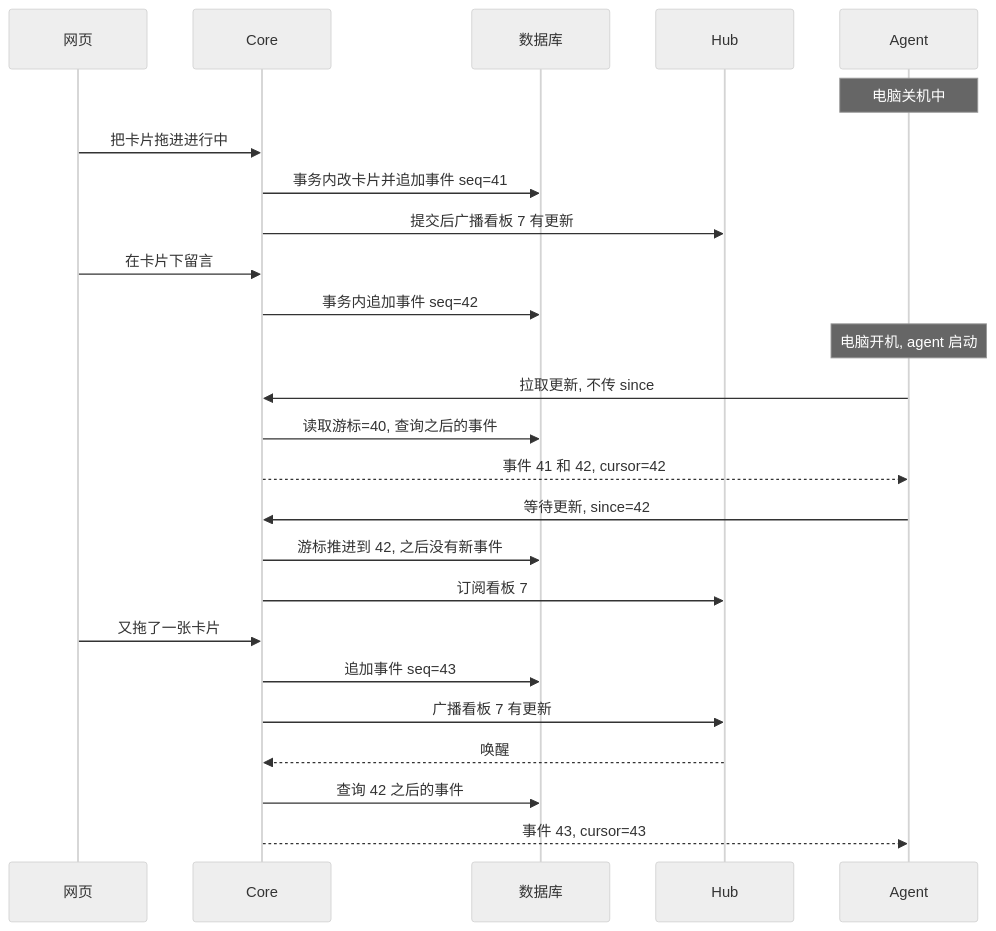
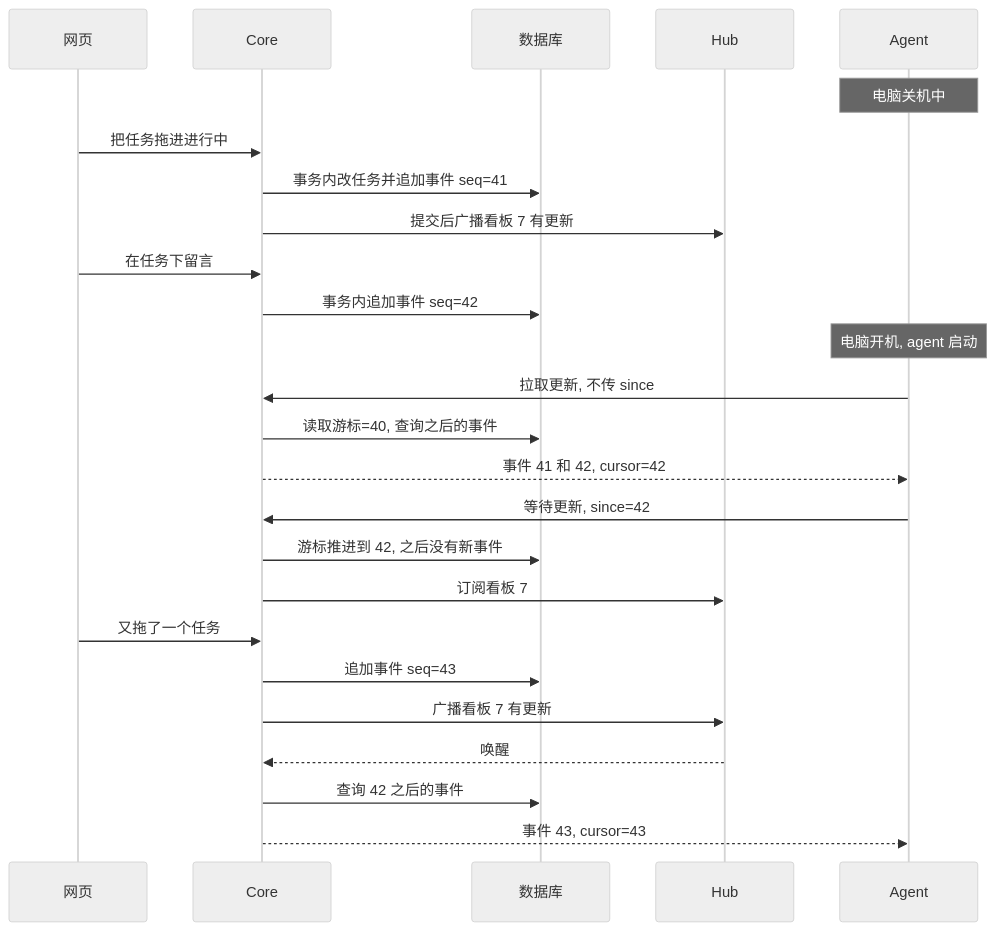
The fourth of 4 diagrams in .cursor/scopes/kanban.event.go.md (ixugo/slate-kanban), drawn with Mermaid (neutral theme) before and after one commit. The commit also changed other lines of this file and 49 other files, not shown here.

````diff
--- a/.cursor/scopes/kanban.event.go.md
+++ b/.cursor/scopes/kanban.event.go.md
@@ -180,28 +180,28 @@
 ```mermaid
 sequenceDiagram
     participant H as 网页
     participant C as Core
     participant D as 数据库
     participant B as Hub
     participant A as Agent
 
     Note over A: 电脑关机中
-    H->>C: 把卡片拖进进行中
-    C->>D: 事务内改卡片并追加事件 seq=41
+    H->>C: 把任务拖进进行中
+    C->>D: 事务内改任务并追加事件 seq=41
     C->>B: 提交后广播看板 7 有更新
-    H->>C: 在卡片下留言
+    H->>C: 在任务下留言
     C->>D: 事务内追加事件 seq=42
     Note over A: 电脑开机, agent 启动
     A->>C: 拉取更新, 不传 since
     C->>D: 读取游标=40, 查询之后的事件
     C-->>A: 事件 41 和 42, cursor=42
     A->>C: 等待更新, since=42
     C->>D: 游标推进到 42, 之后没有新事件
     C->>B: 订阅看板 7
-    H->>C: 又拖了一张卡片
+    H->>C: 又拖了一个任务
     C->>D: 追加事件 seq=43
     C->>B: 广播看板 7 有更新
     B-->>C: 唤醒
     C->>D: 查询 42 之后的事件
     C-->>A: 事件 43, cursor=43
 ```
````
